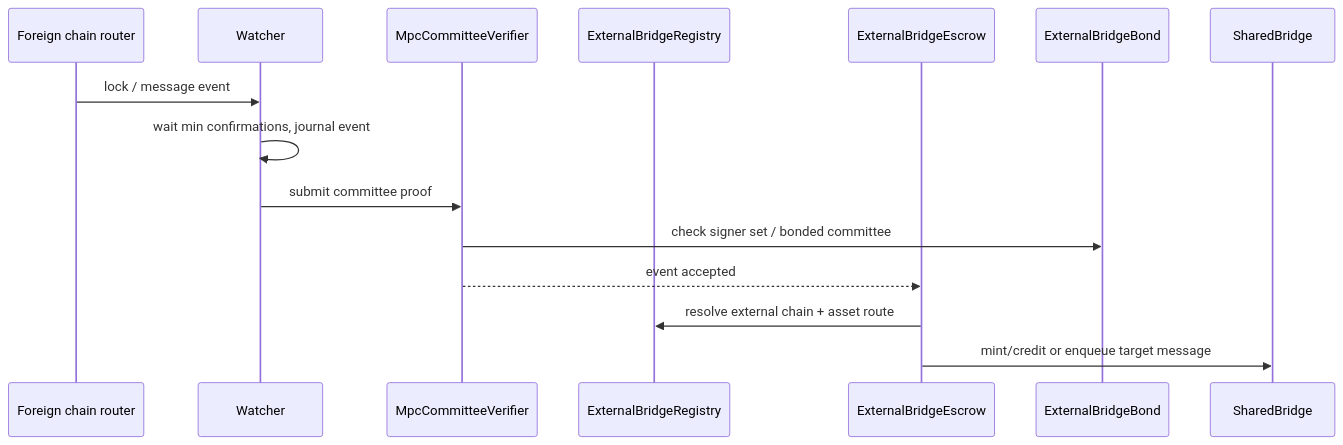
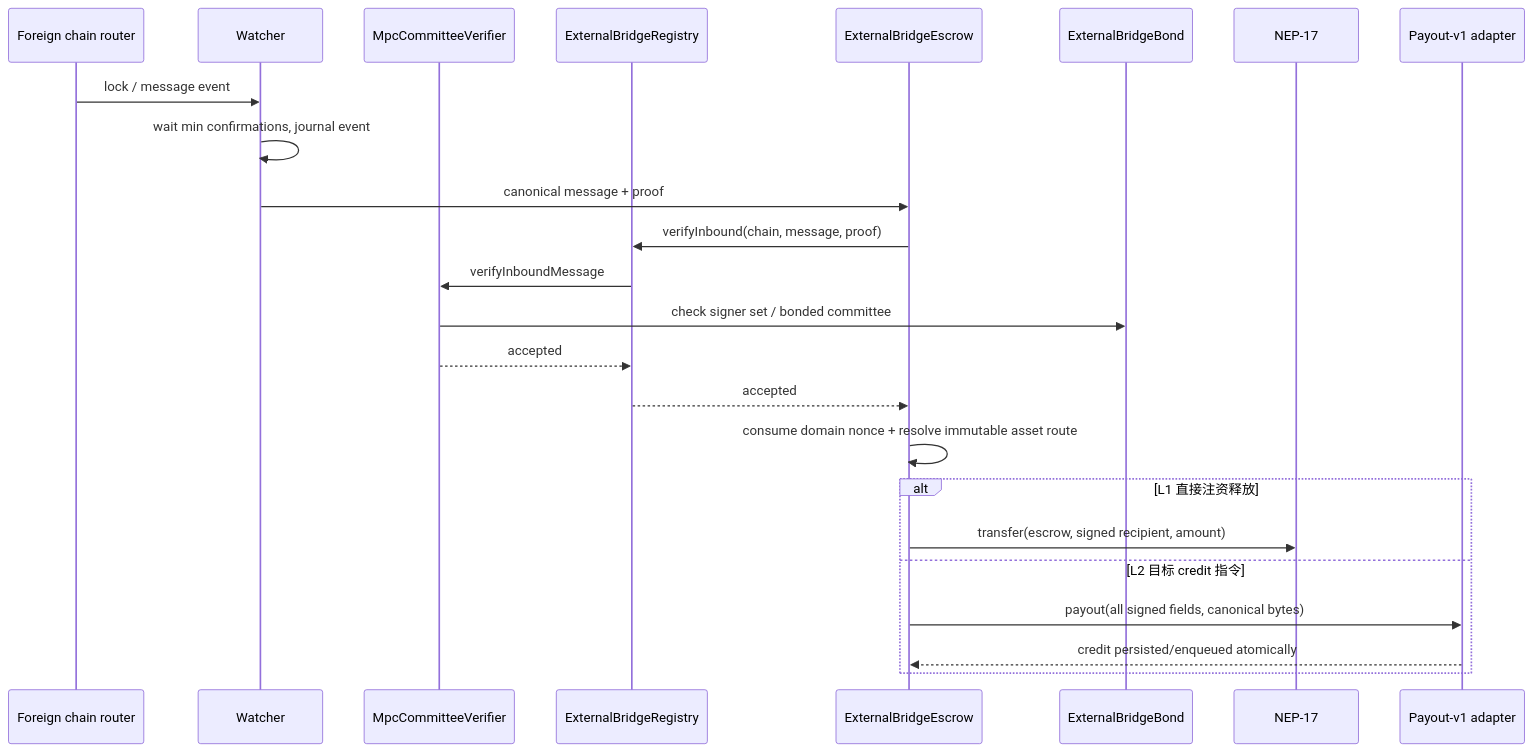
One commit to r3e-network/neo-n4 changed the ninth of 10 diagrams in docs/zh/neohub-architecture-and-workflows.md. Above: the diagram before and after it, drawn with Mermaid. The commit also changed other lines of this file and 559 other files, not shown here.

````diff
--- a/docs/zh/neohub-architecture-and-workflows.md
+++ b/docs/zh/neohub-architecture-and-workflows.md
@@ -328,18 +351,27 @@
 ```mermaid
 sequenceDiagram
     participant Foreign as Foreign chain router
     participant Watcher as Watcher
     participant MPC as MpcCommitteeVerifier
     participant Registry as ExternalBridgeRegistry
     participant Escrow as ExternalBridgeEscrow
     participant Bond as ExternalBridgeBond
-    participant Bridge as SharedBridge
+    participant Token as NEP-17
+    participant Adapter as Payout-v1 adapter
 
     Foreign->>Watcher: lock / message event
     Watcher->>Watcher: wait min confirmations, journal event
-    Watcher->>MPC: submit committee proof
+    Watcher->>Escrow: canonical message + proof
+    Escrow->>Registry: verifyInbound(chain, message, proof)
+    Registry->>MPC: verifyInboundMessage
     MPC->>Bond: check signer set / bonded committee
-    MPC-->>Escrow: event accepted
-    Escrow->>Registry: resolve external chain + asset route
-    Escrow->>Bridge: mint/credit or enqueue target message
+    MPC-->>Registry: accepted
+    Registry-->>Escrow: accepted
+    Escrow->>Escrow: consume domain nonce + resolve immutable asset route
+    alt L1 直接注资释放
+        Escrow->>Token: transfer(escrow, signed recipient, amount)
+    else L2 目标 credit 指令
+        Escrow->>Adapter: payout(all signed fields, canonical bytes)
+        Adapter-->>Escrow: credit persisted/enqueued atomically
+    end
 ```
````
